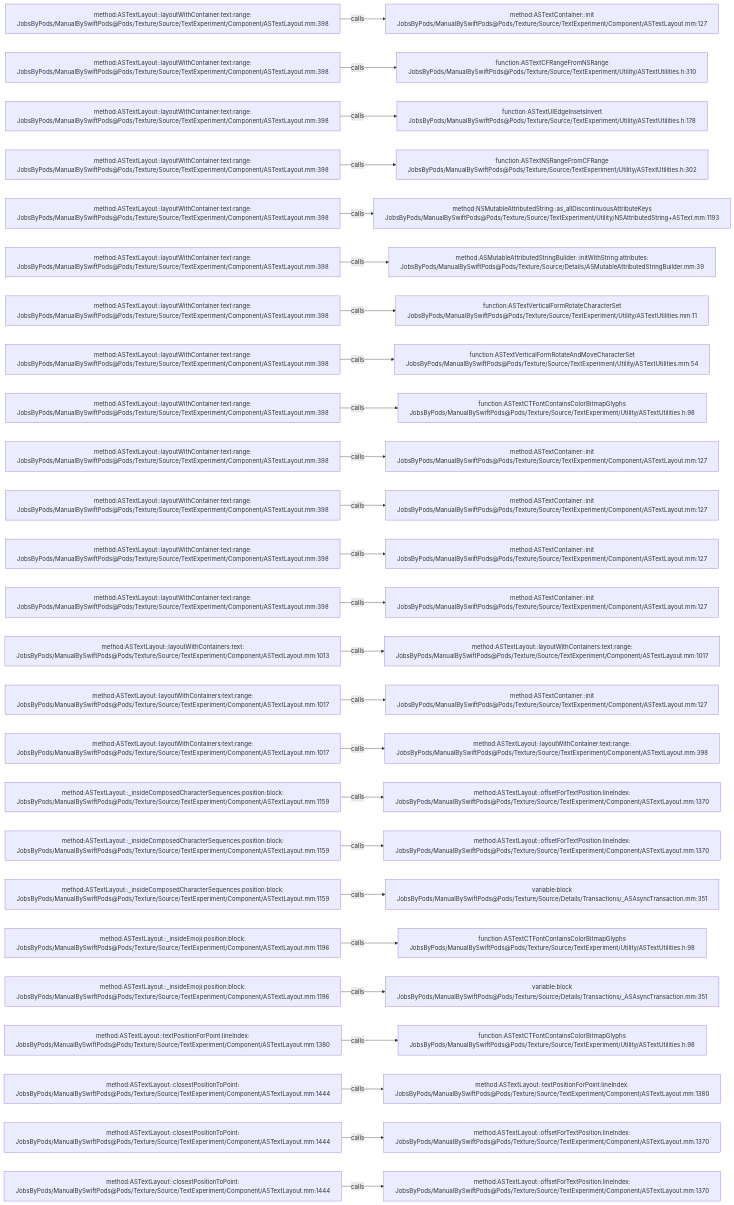
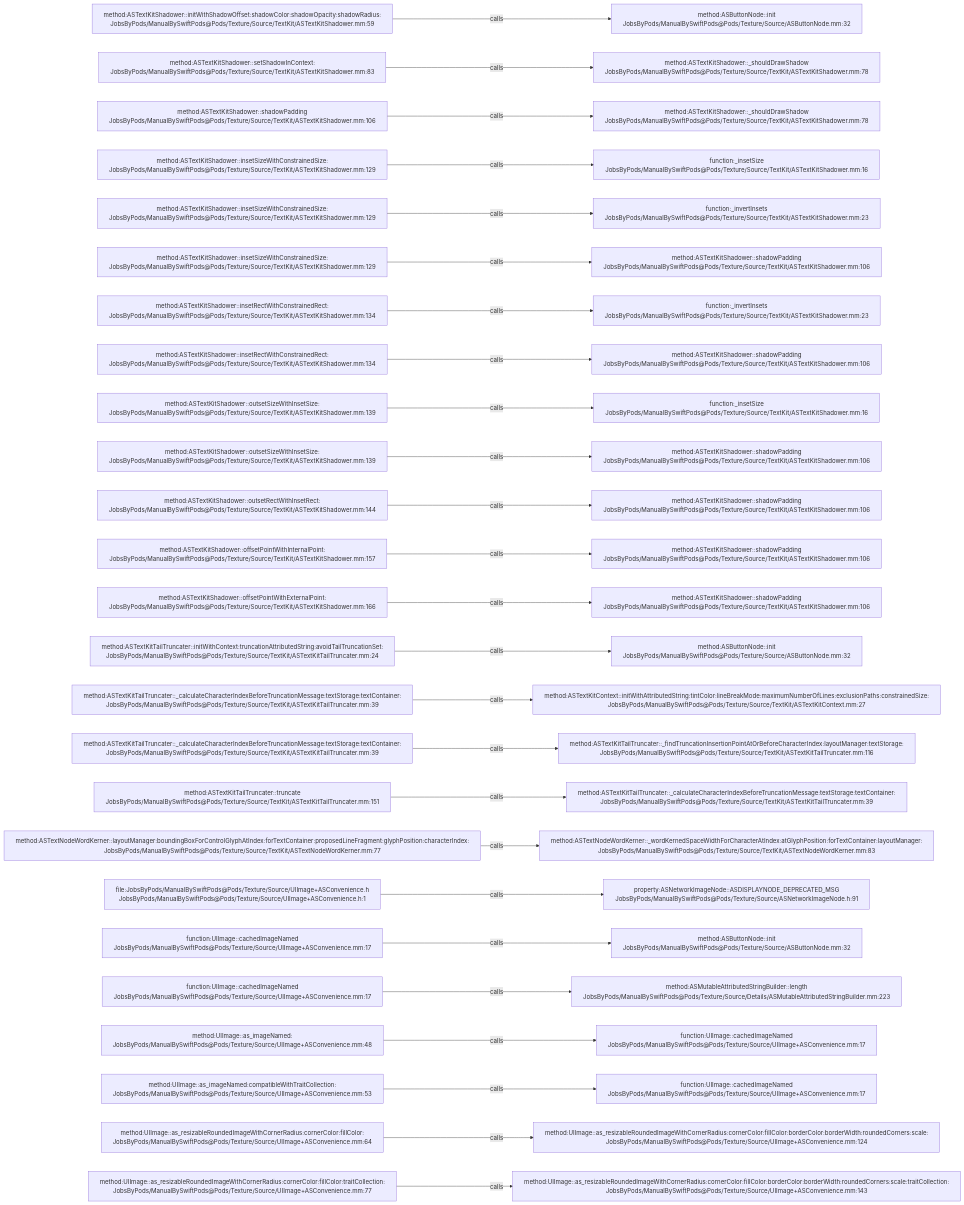
One commit to JobsKits/JobsSwiftBaseConfigDemo changed the diagram in .codegraph/codegraph.md/graphs/calls-151.md. Above: the diagram before and after it, drawn with Mermaid. The commit also changed 832 other files, not shown here.

````diff
--- a/.codegraph/codegraph.md/graphs/calls-151.md
+++ b/.codegraph/codegraph.md/graphs/calls-151.md
@@ -13,78 +13,78 @@
 ```mermaid
 flowchart LR
-  S1["method:ASTextLayout::layoutWithContainer:text:range:<br/>JobsByPods/ManualBySwiftPods@Pods/Texture/Source/TextExperiment/Component/ASTextLayout.mm:398"]
-  T1["method:ASTextContainer::init<br/>JobsByPods/ManualBySwiftPods@Pods/Texture/Source/TextExperiment/Component/ASTextLayout.mm:127"]
+  S1["method:ASTextKitShadower::initWithShadowOffset:shadowColor:shadowOpacity:shadowRadius:<br/>JobsByPods/ManualBySwiftPods@Pods/Texture/Source/TextKit/ASTextKitShadower.mm:59"]
+  T1["method:ASButtonNode::init<br/>JobsByPods/ManualBySwiftPods@Pods/Texture/Source/ASButtonNode.mm:32"]
   S1 -->|calls| T1
-  S2["method:ASTextLayout::layoutWithContainer:text:range:<br/>JobsByPods/ManualBySwiftPods@Pods/Texture/Source/TextExperiment/Component/ASTextLayout.mm:398"]
-  T2["function:ASTextCFRangeFromNSRange<br/>JobsByPods/ManualBySwiftPods@Pods/Texture/Source/TextExperiment/Utility/ASTextUtilities.h:310"]
+  S2["method:ASTextKitShadower::setShadowInContext:<br/>JobsByPods/ManualBySwiftPods@Pods/Texture/Source/TextKit/ASTextKitShadower.mm:83"]
+  T2["method:ASTextKitShadower::_shouldDrawShadow<br/>JobsByPods/ManualBySwiftPods@Pods/Texture/Source/TextKit/ASTextKitShadower.mm:78"]
   S2 -->|calls| T2
-  S3["method:ASTextLayout::layoutWithContainer:text:range:<br/>JobsByPods/ManualBySwiftPods@Pods/Texture/Source/TextExperiment/Component/ASTextLayout.mm:398"]
-  T3["function:ASTextUIEdgeInsetsInvert<br/>JobsByPods/ManualBySwiftPods@Pods/Texture/Source/TextExperiment/Utility/ASTextUtilities.h:178"]
+  S3["method:ASTextKitShadower::shadowPadding<br/>JobsByPods/ManualBySwiftPods@Pods/Texture/Source/TextKit/ASTextKitShadower.mm:106"]
+  T3["method:ASTextKitShadower::_shouldDrawShadow<br/>JobsByPods/ManualBySwiftPods@Pods/Texture/Source/TextKit/ASTextKitShadower.mm:78"]
   S3 -->|calls| T3
-  S4["method:ASTextLayout::layoutWithContainer:text:range:<br/>JobsByPods/ManualBySwiftPods@Pods/Texture/Source/TextExperiment/Component/ASTextLayout.mm:398"]
-  T4["function:ASTextNSRangeFromCFRange<br/>JobsByPods/ManualBySwiftPods@Pods/Texture/Source/TextExperiment/Utility/ASTextUtilities.h:302"]
+  S4["method:ASTextKitShadower::insetSizeWithConstrainedSize:<br/>JobsByPods/ManualBySwiftPods@Pods/Texture/Source/TextKit/ASTextKitShadower.mm:129"]
+  T4["function:_insetSize<br/>JobsByPods/ManualBySwiftPods@Pods/Texture/Source/TextKit/ASTextKitShadower.mm:16"]
   S4 -->|calls| T4
-  S5["method:ASTextLayout::layoutWithContainer:text:range:<br/>JobsByPods/ManualBySwiftPods@Pods/Texture/Source/TextExperiment/Component/ASTextLayout.mm:398"]
-  T5["method:NSMutableAttributedString::as_allDiscontinuousAttributeKeys<br/>JobsByPods/ManualBySwiftPods@Pods/Texture/Source/TextExperiment/Utility/NSAttributedString+ASText.mm:1193"]
+  S5["method:ASTextKitShadower::insetSizeWithConstrainedSize:<br/>JobsByPods/ManualBySwiftPods@Pods/Texture/Source/TextKit/ASTextKitShadower.mm:129"]
+  T5["function:_invertInsets<br/>JobsByPods/ManualBySwiftPods@Pods/Texture/Source/TextKit/ASTextKitShadower.mm:23"]
   S5 -->|calls| T5
-  S6["method:ASTextLayout::layoutWithContainer:text:range:<br/>JobsByPods/ManualBySwiftPods@Pods/Texture/Source/TextExperiment/Component/ASTextLayout.mm:398"]
-  T6["method:ASMutableAttributedStringBuilder::initWithString:attributes:<br/>JobsByPods/ManualBySwiftPods@Pods/Texture/Source/Details/ASMutableAttributedStringBuilder.mm:39"]
+  S6["method:ASTextKitShadower::insetSizeWithConstrainedSize:<br/>JobsByPods/ManualBySwiftPods@Pods/Texture/Source/TextKit/ASTextKitShadower.mm:129"]
+  T6["method:ASTextKitShadower::shadowPadding<br/>JobsByPods/ManualBySwiftPods@Pods/Texture/Source/TextKit/ASTextKitShadower.mm:106"]
   S6 -->|calls| T6
-  S7["method:ASTextLayout::layoutWithContainer:text:range:<br/>JobsByPods/ManualBySwiftPods@Pods/Texture/Source/TextExperiment/Component/ASTextLayout.mm:398"]
-  T7["function:ASTextVerticalFormRotateCharacterSet<br/>JobsByPods/ManualBySwiftPods@Pods/Texture/Source/TextExperiment/Utility/ASTextUtilities.mm:11"]
+  S7["method:ASTextKitShadower::insetRectWithConstrainedRect:<br/>JobsByPods/ManualBySwiftPods@Pods/Texture/Source/TextKit/ASTextKitShadower.mm:134"]
+  T7["function:_invertInsets<br/>JobsByPods/ManualBySwiftPods@Pods/Texture/Source/TextKit/ASTextKitShadower.mm:23"]
   S7 -->|calls| T7
-  S8["method:ASTextLayout::layoutWithContainer:text:range:<br/>JobsByPods/ManualBySwiftPods@Pods/Texture/Source/TextExperiment/Component/ASTextLayout.mm:398"]
-  T8["function:ASTextVerticalFormRotateAndMoveCharacterSet<br/>JobsByPods/ManualBySwiftPods@Pods/Texture/Source/TextExperiment/Utility/ASTextUtilities.mm:54"]
+  S8["method:ASTextKitShadower::insetRectWithConstrainedRect:<br/>JobsByPods/ManualBySwiftPods@Pods/Texture/Source/TextKit/ASTextKitShadower.mm:134"]
+  T8["method:ASTextKitShadower::shadowPadding<br/>JobsByPods/ManualBySwiftPods@Pods/Texture/Source/TextKit/ASTextKitShadower.mm:106"]
   S8 -->|calls| T8
-  S9["method:ASTextLayout::layoutWithContainer:text:range:<br/>JobsByPods/ManualBySwiftPods@Pods/Texture/Source/TextExperiment/Component/ASTextLayout.mm:398"]
-  T9["function:ASTextCTFontContainsColorBitmapGlyphs<br/>JobsByPods/ManualBySwiftPods@Pods/Texture/Source/TextExperiment/Utility/ASTextUtilities.h:98"]
+  S9["method:ASTextKitShadower::outsetSizeWithInsetSize:<br/>JobsByPods/ManualBySwiftPods@Pods/Texture/Source/TextKit/ASTextKitShadower.mm:139"]
+  T9["function:_insetSize<br/>JobsByPods/ManualBySwiftPods@Pods/Texture/Source/TextKit/ASTextKitShadower.mm:16"]
   S9 -->|calls| T9
-  S10["method:ASTextLayout::layoutWithContainer:text:range:<br/>JobsByPods/ManualBySwiftPods@Pods/Texture/Source/TextExperiment/Component/ASTextLayout.mm:398"]
-  T10["method:ASTextContainer::init<br/>JobsByPods/ManualBySwiftPods@Pods/Texture/Source/TextExperiment/Component/ASTextLayout.mm:127"]
+  S10["method:ASTextKitShadower::outsetSizeWithInsetSize:<br/>JobsByPods/ManualBySwiftPods@Pods/Texture/Source/TextKit/ASTextKitShadower.mm:139"]
+  T10["method:ASTextKitShadower::shadowPadding<br/>JobsByPods/ManualBySwiftPods@Pods/Texture/Source/TextKit/ASTextKitShadower.mm:106"]
   S10 -->|calls| T10
-  S11["method:ASTextLayout::layoutWithContainer:text:range:<br/>JobsByPods/ManualBySwiftPods@Pods/Texture/Source/TextExperiment/Component/ASTextLayout.mm:398"]
-  T11["method:ASTextContainer::init<br/>JobsByPods/ManualBySwiftPods@Pods/Texture/Source/TextExperiment/Component/ASTextLayout.mm:127"]
+  S11["method:ASTextKitShadower::outsetRectWithInsetRect:<br/>JobsByPods/ManualBySwiftPods@Pods/Texture/Source/TextKit/ASTextKitShadower.mm:144"]
+  T11["method:ASTextKitShadower::shadowPadding<br/>JobsByPods/ManualBySwiftPods@Pods/Texture/Source/TextKit/ASTextKitShadower.mm:106"]
   S11 -->|calls| T11
-  S12["method:ASTextLayout::layoutWithContainer:text:range:<br/>JobsByPods/ManualBySwiftPods@Pods/Texture/Source/TextExperiment/Component/ASTextLayout.mm:398"]
-  T12["method:ASTextContainer::init<br/>JobsByPods/ManualBySwiftPods@Pods/Texture/Source/TextExperiment/Component/ASTextLayout.mm:127"]
+  S12["method:ASTextKitShadower::offsetPointWithInternalPoint:<br/>JobsByPods/ManualBySwiftPods@Pods/Texture/Source/TextKit/ASTextKitShadower.mm:157"]
+  T12["method:ASTextKitShadower::shadowPadding<br/>JobsByPods/ManualBySwiftPods@Pods/Texture/Source/TextKit/ASTextKitShadower.mm:106"]
   S12 -->|calls| T12
-  S13["method:ASTextLayout::layoutWithContainer:text:range:<br/>JobsByPods/ManualBySwiftPods@Pods/Texture/Source/TextExperiment/Component/ASTextLayout.mm:398"]
-  T13["method:ASTextContainer::init<br/>JobsByPods/ManualBySwiftPods@Pods/Texture/Source/TextExperiment/Component/ASTextLayout.mm:127"]
+  S13["method:ASTextKitShadower::offsetPointWithExternalPoint:<br/>JobsByPods/ManualBySwiftPods@Pods/Texture/Source/TextKit/ASTextKitShadower.mm:166"]
+  T13["method:ASTextKitShadower::shadowPadding<br/>JobsByPods/ManualBySwiftPods@Pods/Texture/Source/TextKit/ASTextKitShadower.mm:106"]
   S13 -->|calls| T13
-  S14["method:ASTextLayout::layoutWithContainers:text:<br/>JobsByPods/ManualBySwiftPods@Pods/Texture/Source/TextExperiment/Component/ASTextLayout.mm:1013"]
-  T14["method:ASTextLayout::layoutWithContainers:text:range:<br/>JobsByPods/ManualBySwiftPods@Pods/Texture/Source/TextExperiment/Component/ASTextLayout.mm:1017"]
+  S14["method:ASTextKitTailTruncater::initWithContext:truncationAttributedString:avoidTailTruncationSet:<br/>JobsByPods/ManualBySwiftPods@Pods/Texture/Source/TextKit/ASTextKitTailTruncater.mm:24"]
+  T14["method:ASButtonNode::init<br/>JobsByPods/ManualBySwiftPods@Pods/Texture/Source/ASButtonNode.mm:32"]
   S14 -->|calls| T14
-  S15["method:ASTextLayout::layoutWithContainers:text:range:<br/>JobsByPods/ManualBySwiftPods@Pods/Texture/Source/TextExperiment/Component/ASTextLayout.mm:1017"]
-  T15["method:ASTextContainer::init<br/>JobsByPods/ManualBySwiftPods@Pods/Texture/Source/TextExperiment/Component/ASTextLayout.mm:127"]
+  S15["method:ASTextKitTailTruncater::_calculateCharacterIndexBeforeTruncationMessage:textStorage:textContainer:<br/>JobsByPods/ManualBySwiftPods@Pods/Texture/Source/TextKit/ASTextKitTailTruncater.mm:39"]
+  T15["method:ASTextKitContext::initWithAttributedString:tintColor:lineBreakMode:maximumNumberOfLines:exclusionPaths:constrainedSize:<br/>JobsByPods/ManualBySwiftPods@Pods/Texture/Source/TextKit/ASTextKitContext.mm:27"]
   S15 -->|calls| T15
-  S16["method:ASTextLayout::layoutWithContainers:text:range:<br/>JobsByPods/ManualBySwiftPods@Pods/Texture/Source/TextExperiment/Component/ASTextLayout.mm:1017"]
-  T16["method:ASTextLayout::layoutWithContainer:text:range:<br/>JobsByPods/ManualBySwiftPods@Pods/Texture/Source/TextExperiment/Component/ASTextLayout.mm:398"]
+  S16["method:ASTextKitTailTruncater::_calculateCharacterIndexBeforeTruncationMessage:textStorage:textContainer:<br/>JobsByPods/ManualBySwiftPods@Pods/Texture/Source/TextKit/ASTextKitTailTruncater.mm:39"]
+  T16["method:ASTextKitTailTruncater::_findTruncationInsertionPointAtOrBeforeCharacterIndex:layoutManager:textStorage:<br/>JobsByPods/ManualBySwiftPods@Pods/Texture/Source/TextKit/ASTextKitTailTruncater.mm:116"]
   S16 -->|calls| T16
-  S17["method:ASTextLayout::_insideComposedCharacterSequences:position:block:<br/>JobsByPods/ManualBySwiftPods@Pods/Texture/Source/TextExperiment/Component/ASTextLayout.mm:1159"]
-  T17["method:ASTextLayout::offsetForTextPosition:lineIndex:<br/>JobsByPods/ManualBySwiftPods@Pods/Texture/Source/TextExperiment/Component/ASTextLayout.mm:1370"]
+  S17["method:ASTextKitTailTruncater::truncate<br/>JobsByPods/ManualBySwiftPods@Pods/Texture/Source/TextKit/ASTextKitTailTruncater.mm:151"]
+  T17["method:ASTextKitTailTruncater::_calculateCharacterIndexBeforeTruncationMessage:textStorage:textContainer:<br/>JobsByPods/ManualBySwiftPods@Pods/Texture/Source/TextKit/ASTextKitTailTruncater.mm:39"]
   S17 -->|calls| T17
-  S18["method:ASTextLayout::_insideComposedCharacterSequences:position:block:<br/>JobsByPods/ManualBySwiftPods@Pods/Texture/Source/TextExperiment/Component/ASTextLayout.mm:1159"]
-  T18["method:ASTextLayout::offsetForTextPosition:lineIndex:<br/>JobsByPods/ManualBySwiftPods@Pods/Texture/Source/TextExperiment/Component/ASTextLayout.mm:1370"]
+  S18["method:ASTextNodeWordKerner::layoutManager:boundingBoxForControlGlyphAtIndex:forTextContainer:proposedLineFragment:glyphPosition:characterIndex:<br/>JobsByPods/ManualBySwiftPods@Pods/Texture/Source/TextKit/ASTextNodeWordKerner.mm:77"]
+  T18["method:ASTextNodeWordKerner::_wordKernedSpaceWidthForCharacterAtIndex:atGlyphPosition:forTextContainer:layoutManager:<br/>JobsByPods/ManualBySwiftPods@Pods/Texture/Source/TextKit/ASTextNodeWordKerner.mm:83"]
   S18 -->|calls| T18
-  S19["method:ASTextLayout::_insideComposedCharacterSequences:position:block:<br/>JobsByPods/ManualBySwiftPods@Pods/Texture/Source/TextExperiment/Component/ASTextLayout.mm:1159"]
-  T19["variable:block<br/>JobsByPods/ManualBySwiftPods@Pods/Texture/Source/Details/Transactions/_ASAsyncTransaction.mm:351"]
+  S19["file:JobsByPods/ManualBySwiftPods@Pods/Texture/Source/UIImage+ASConvenience.h<br/>JobsByPods/ManualBySwiftPods@Pods/Texture/Source/UIImage+ASConvenience.h:1"]
+  T19["property:ASNetworkImageNode::ASDISPLAYNODE_DEPRECATED_MSG<br/>JobsByPods/ManualBySwiftPods@Pods/Texture/Source/ASNetworkImageNode.h:91"]
   S19 -->|calls| T19
-  S20["method:ASTextLayout::_insideEmoji:position:block:<br/>JobsByPods/ManualBySwiftPods@Pods/Texture/Source/TextExperiment/Component/ASTextLayout.mm:1196"]
-  T20["function:ASTextCTFontContainsColorBitmapGlyphs<br/>JobsByPods/ManualBySwiftPods@Pods/Texture/Source/TextExperiment/Utility/ASTextUtilities.h:98"]
+  S20["function:UIImage::cachedImageNamed<br/>JobsByPods/ManualBySwiftPods@Pods/Texture/Source/UIImage+ASConvenience.mm:17"]
+  T20["method:ASButtonNode::init<br/>JobsByPods/ManualBySwiftPods@Pods/Texture/Source/ASButtonNode.mm:32"]
   S20 -->|calls| T20
-  S21["method:ASTextLayout::_insideEmoji:position:block:<br/>JobsByPods/ManualBySwiftPods@Pods/Texture/Source/TextExperiment/Component/ASTextLayout.mm:1196"]
-  T21["variable:block<br/>JobsByPods/ManualBySwiftPods@Pods/Texture/Source/Details/Transactions/_ASAsyncTransaction.mm:351"]
+  S21["function:UIImage::cachedImageNamed<br/>JobsByPods/ManualBySwiftPods@Pods/Texture/Source/UIImage+ASConvenience.mm:17"]
+  T21["method:ASMutableAttributedStringBuilder::length<br/>JobsByPods/ManualBySwiftPods@Pods/Texture/Source/Details/ASMutableAttributedStringBuilder.mm:223"]
   S21 -->|calls| T21
-  S22["method:ASTextLayout::textPositionForPoint:lineIndex:<br/>JobsByPods/ManualBySwiftPods@Pods/Texture/Source/TextExperiment/Component/ASTextLayout.mm:1380"]
-  T22["function:ASTextCTFontContainsColorBitmapGlyphs<br/>JobsByPods/ManualBySwiftPods@Pods/Texture/Source/TextExperiment/Utility/ASTextUtilities.h:98"]
+  S22["method:UIImage::as_imageNamed:<br/>JobsByPods/ManualBySwiftPods@Pods/Texture/Source/UIImage+ASConvenience.mm:48"]
+  T22["function:UIImage::cachedImageNamed<br/>JobsByPods/ManualBySwiftPods@Pods/Texture/Source/UIImage+ASConvenience.mm:17"]
   S22 -->|calls| T22
-  S23["method:ASTextLayout::closestPositionToPoint:<br/>JobsByPods/ManualBySwiftPods@Pods/Texture/Source/TextExperiment/Component/ASTextLayout.mm:1444"]
-  T23["method:ASTextLayout::textPositionForPoint:lineIndex:<br/>JobsByPods/ManualBySwiftPods@Pods/Texture/Source/TextExperiment/Component/ASTextLayout.mm:1380"]
+  S23["method:UIImage::as_imageNamed:compatibleWithTraitCollection:<br/>JobsByPods/ManualBySwiftPods@Pods/Texture/Source/UIImage+ASConvenience.mm:53"]
+  T23["function:UIImage::cachedImageNamed<br/>JobsByPods/ManualBySwiftPods@Pods/Texture/Source/UIImage+ASConvenience.mm:17"]
   S23 -->|calls| T23
-  S24["method:ASTextLayout::closestPositionToPoint:<br/>JobsByPods/ManualBySwiftPods@Pods/Texture/Source/TextExperiment/Component/ASTextLayout.mm:1444"]
-  T24["method:ASTextLayout::offsetForTextPosition:lineIndex:<br/>JobsByPods/ManualBySwiftPods@Pods/Texture/Source/TextExperiment/Component/ASTextLayout.mm:1370"]
+  S24["method:UIImage::as_resizableRoundedImageWithCornerRadius:cornerColor:fillColor:<br/>JobsByPods/ManualBySwiftPods@Pods/Texture/Source/UIImage+ASConvenience.mm:64"]
+  T24["method:UIImage::as_resizableRoundedImageWithCornerRadius:cornerColor:fillColor:borderColor:borderWidth:roundedCorners:scale:<br/>JobsByPods/ManualBySwiftPods@Pods/Texture/Source/UIImage+ASConvenience.mm:124"]
   S24 -->|calls| T24
-  S25["method:ASTextLayout::closestPositionToPoint:<br/>JobsByPods/ManualBySwiftPods@Pods/Texture/Source/TextExperiment/Component/ASTextLayout.mm:1444"]
-  T25["method:ASTextLayout::offsetForTextPosition:lineIndex:<br/>JobsByPods/ManualBySwiftPods@Pods/Texture/Source/TextExperiment/Component/ASTextLayout.mm:1370"]
+  S25["method:UIImage::as_resizableRoundedImageWithCornerRadius:cornerColor:fillColor:traitCollection:<br/>JobsByPods/ManualBySwiftPods@Pods/Texture/Source/UIImage+ASConvenience.mm:77"]
+  T25["method:UIImage::as_resizableRoundedImageWithCornerRadius:cornerColor:fillColor:borderColor:borderWidth:roundedCorners:scale:traitCollection:<br/>JobsByPods/ManualBySwiftPods@Pods/Texture/Source/UIImage+ASConvenience.mm:143"]
   S25 -->|calls| T25
 ```
````
